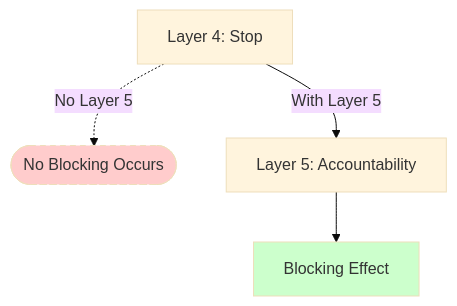
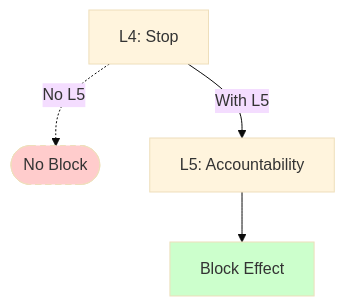
The third of 6 diagrams in README.md (Nick-heo-eg/ajt-judgment-flow-demo), drawn with Mermaid (base theme) before and after one commit. The commit also changed other lines of this file, not shown here.

First line of the commit message:
fix: shorten labels to prevent text overflow in diagrams

````diff
--- a/README.md
+++ b/README.md
@@ -84,9 +84,9 @@
 ```mermaid
 graph TD
-    L4_Stop[Layer 4: Stop] -.->|No Layer 5| NoEffect([No Blocking Occurs])
-    L4_Stop -->|With Layer 5| L5[Layer 5: Accountability]
-    L5 --> Block[Blocking Effect]
+    L4_Stop[L4: Stop] -.->|No L5| NoEffect([No Block])
+    L4_Stop -->|With L5| L5[L5: Accountability]
+    L5 --> Block[Block Effect]
 
     style NoEffect fill:#fcc,stroke-dasharray: 5 5
     style Block fill:#cfc
 ```
````
